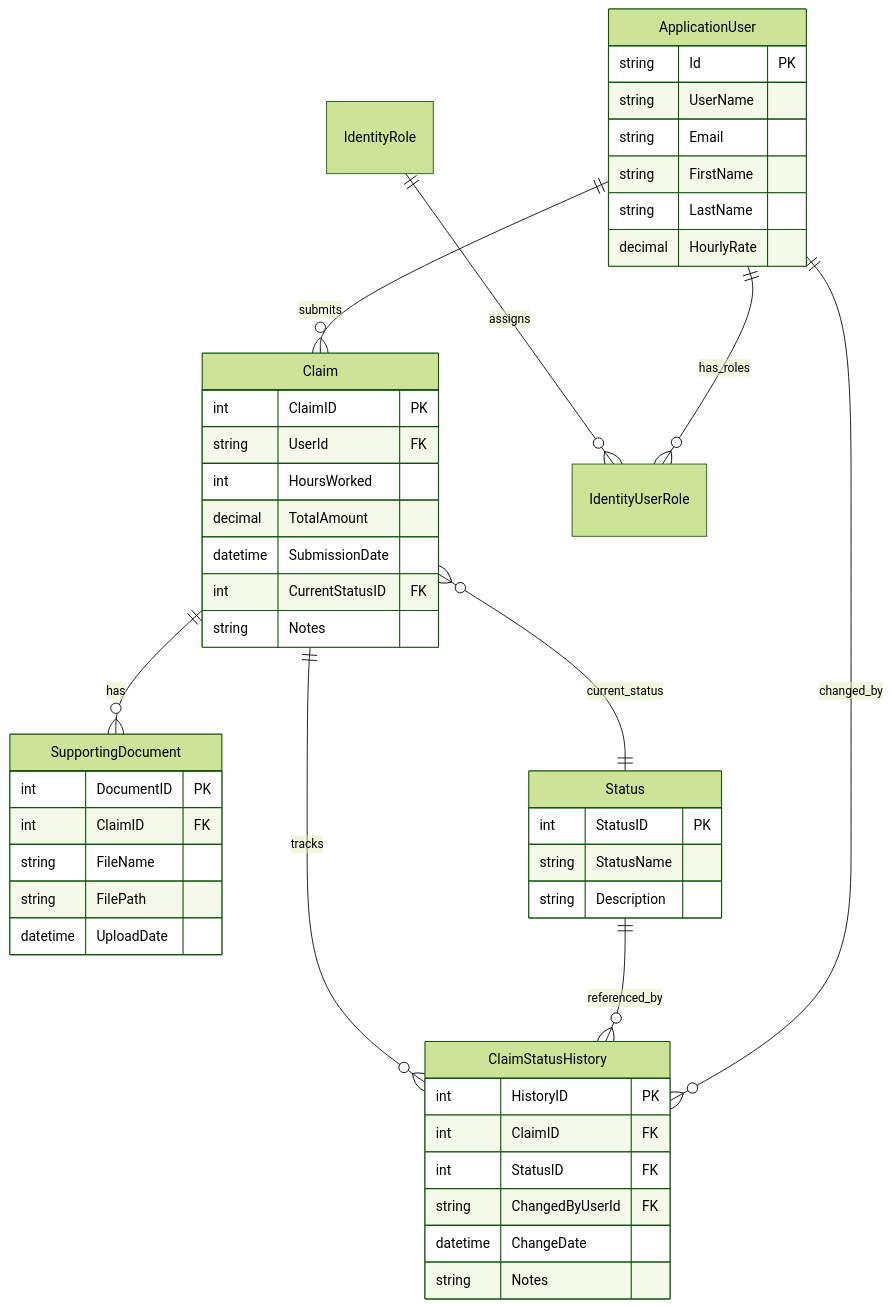
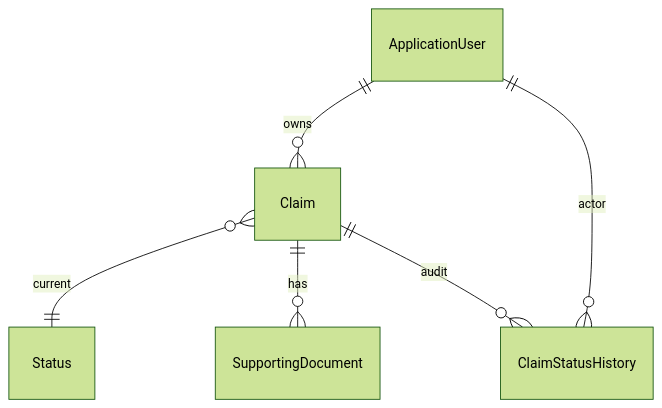
One commit to jah-guide/CMCS-Project changed the diagram in docs/06-data-model.md. Above: the diagram before and after it, drawn with Mermaid (forest theme). The commit also changed other lines of this file, not shown here.

Commit message:
docs: streamline data model ERD and entity summary

````diff
--- a/docs/06-data-model.md
+++ b/docs/06-data-model.md
@@ -9,53 +7,8 @@
 ```mermaid
 erDiagram
-    ApplicationUser ||--o{ Claim : submits
-    ApplicationUser {
-        string Id PK
-        string UserName
-        string Email
-        string FirstName
-        string LastName
-        decimal HourlyRate
-    }
-
+    ApplicationUser ||--o{ Claim : owns
+    Claim }o--|| Status : current
     Claim ||--o{ SupportingDocument : has
-    Claim ||--o{ ClaimStatusHistory : tracks
-    Claim }o--|| Status : current_status
-    Claim {
-        int ClaimID PK
-        string UserId FK
-        int HoursWorked
-        decimal TotalAmount
-        datetime SubmissionDate
-        int CurrentStatusID FK
-        string Notes
-    }
-
-    SupportingDocument {
-        int DocumentID PK
-        int ClaimID FK
-        string FileName
-        string FilePath
-        datetime UploadDate
-    }
-
-    Status ||--o{ ClaimStatusHistory : referenced_by
-    Status {
-        int StatusID PK
-        string StatusName
-        string Description
-    }
-
-    ClaimStatusHistory }o--|| ApplicationUser : changed_by
-    ClaimStatusHistory {
-        int HistoryID PK
-        int ClaimID FK
-        int StatusID FK
-        string ChangedByUserId FK
-        datetime ChangeDate
-        string Notes
-    }
-
-    IdentityRole ||--o{ IdentityUserRole : assigns
-    ApplicationUser ||--o{ IdentityUserRole : has_roles
+    Claim ||--o{ ClaimStatusHistory : audit
+    ClaimStatusHistory }o--|| ApplicationUser : actor
 ```
````
